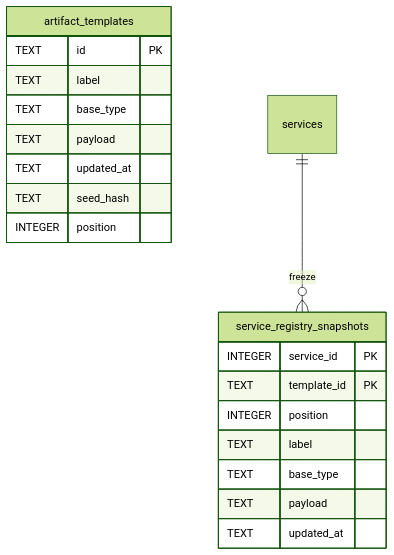
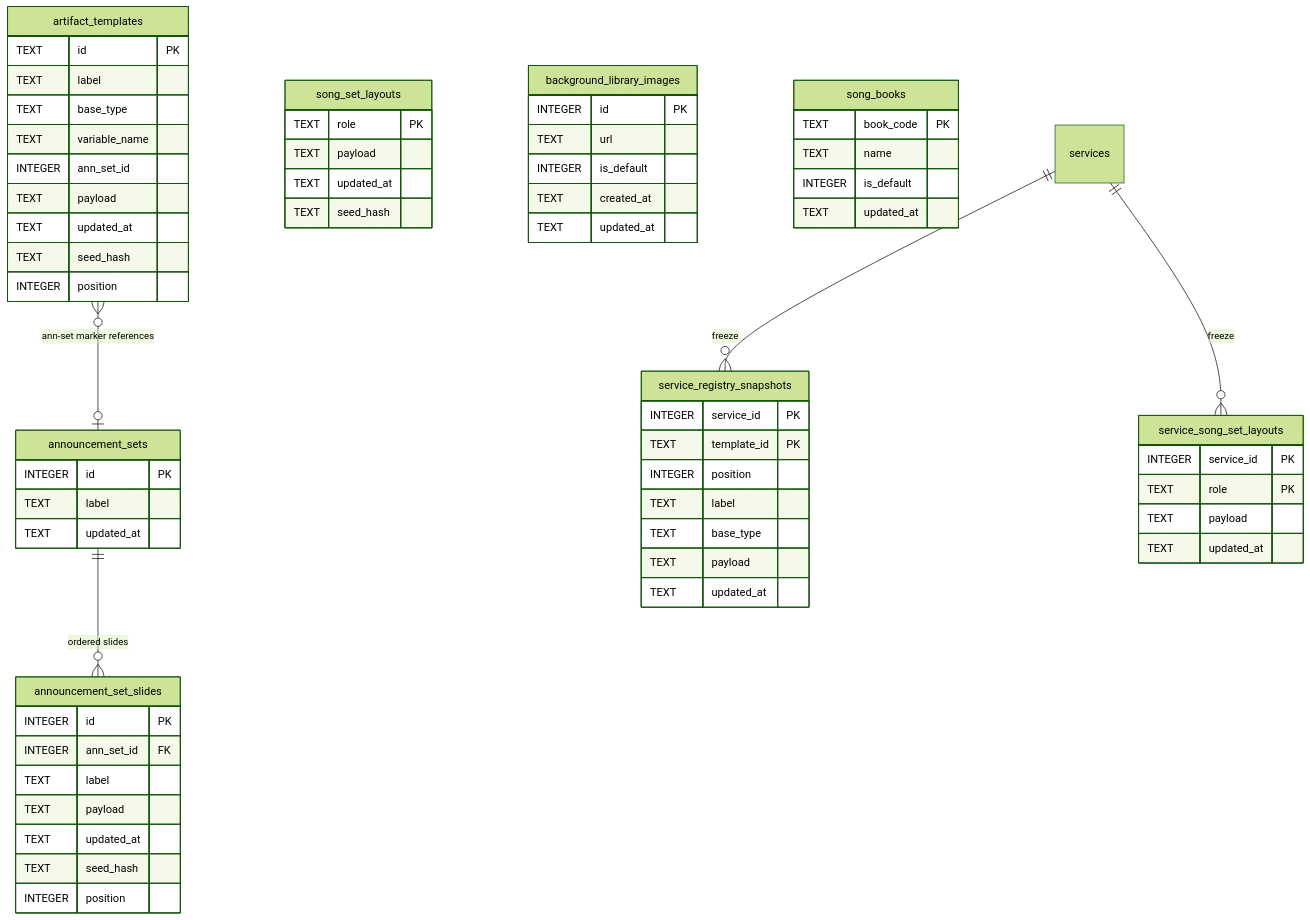
Before and after one commit to wiradigitalid/worship-presenter-web: the diagram in .how/registry/05-model/data-model.md, drawn with Mermaid (forest theme). The commit also changed other lines of this file and 83 other files, not shown here.

First line of the commit message:
docs: apply DEC-004 nested registries and DEC-005 song-book ownership

````diff
--- a/.how/registry/05-model/data-model.md
+++ b/.how/registry/05-model/data-model.md
@@ -11,22 +16,66 @@
 ```mermaid
 erDiagram
   artifact_templates {
     TEXT id PK
     TEXT label
     TEXT base_type
+    TEXT variable_name
+    INTEGER ann_set_id
     TEXT payload
     TEXT updated_at
     TEXT seed_hash
     INTEGER position
+  }
+  song_set_layouts {
+    TEXT role PK
+    TEXT payload
+    TEXT updated_at
+    TEXT seed_hash
+  }
+  announcement_sets {
+    INTEGER id PK
+    TEXT label
+    TEXT updated_at
+  }
+  announcement_set_slides {
+    INTEGER id PK
+    INTEGER ann_set_id FK
+    TEXT label
+    TEXT payload
+    TEXT updated_at
+    TEXT seed_hash
+    INTEGER position
+  }
+  background_library_images {
+    INTEGER id PK
+    TEXT url
+    INTEGER is_default
+    TEXT created_at
+    TEXT updated_at
+  }
+  song_books {
+    TEXT book_code PK
+    TEXT name
+    INTEGER is_default
+    TEXT updated_at
   }
   services ||--o{ service_registry_snapshots : "freeze"
   service_registry_snapshots {
     INTEGER service_id PK
     TEXT template_id PK
     INTEGER position
     TEXT label
     TEXT base_type
     TEXT payload
     TEXT updated_at
   }
+  announcement_sets ||--o{ announcement_set_slides : "ordered slides"
+  artifact_templates }o--o| announcement_sets : "ann-set marker references"
+  services ||--o{ service_song_set_layouts : "freeze"
+  service_song_set_layouts {
+    INTEGER service_id PK
+    TEXT role PK
+    TEXT payload
+    TEXT updated_at
+  }
 ```
````
